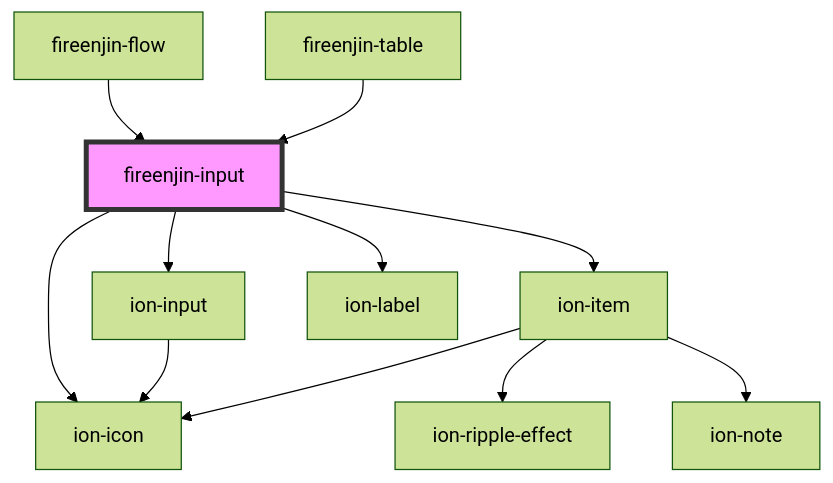
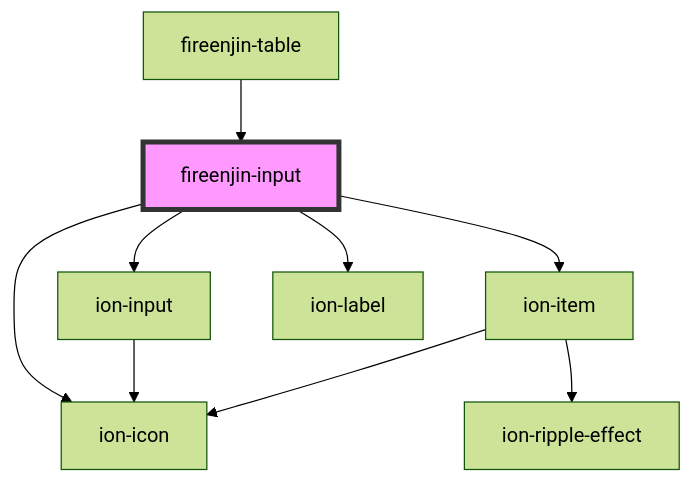
One commit to FireEnjin/Components changed the diagram in src/components/input/readme.md. Above: the diagram before and after it, drawn with Mermaid (forest theme). The commit also changed other lines of this file and 73 other files, not shown here.

Commit message:
perf(): Update Ionic to v8 and Stenicl to 4 and remove flow component

````diff
--- a/src/components/input/readme.md
+++ b/src/components/input/readme.md
@@ -140,14 +151,12 @@
 ```mermaid
 graph TD;
   fireenjin-input --> ion-input
   fireenjin-input --> ion-item
   fireenjin-input --> ion-icon
   fireenjin-input --> ion-label
   ion-input --> ion-icon
   ion-item --> ion-icon
   ion-item --> ion-ripple-effect
-  ion-item --> ion-note
-  fireenjin-flow --> fireenjin-input
   fireenjin-table --> fireenjin-input
   style fireenjin-input fill:#f9f,stroke:#333,stroke-width:4px
 ```
````
